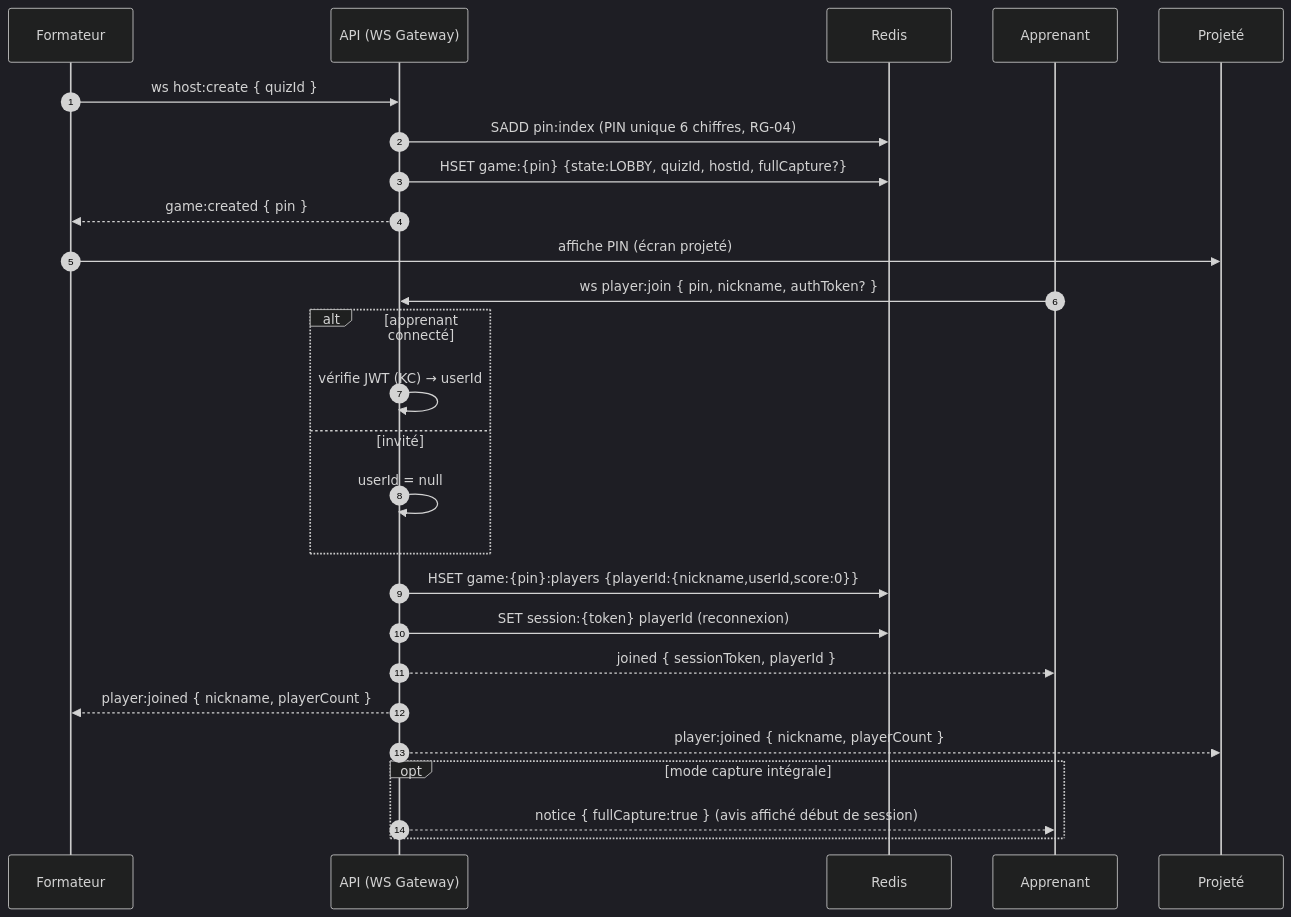
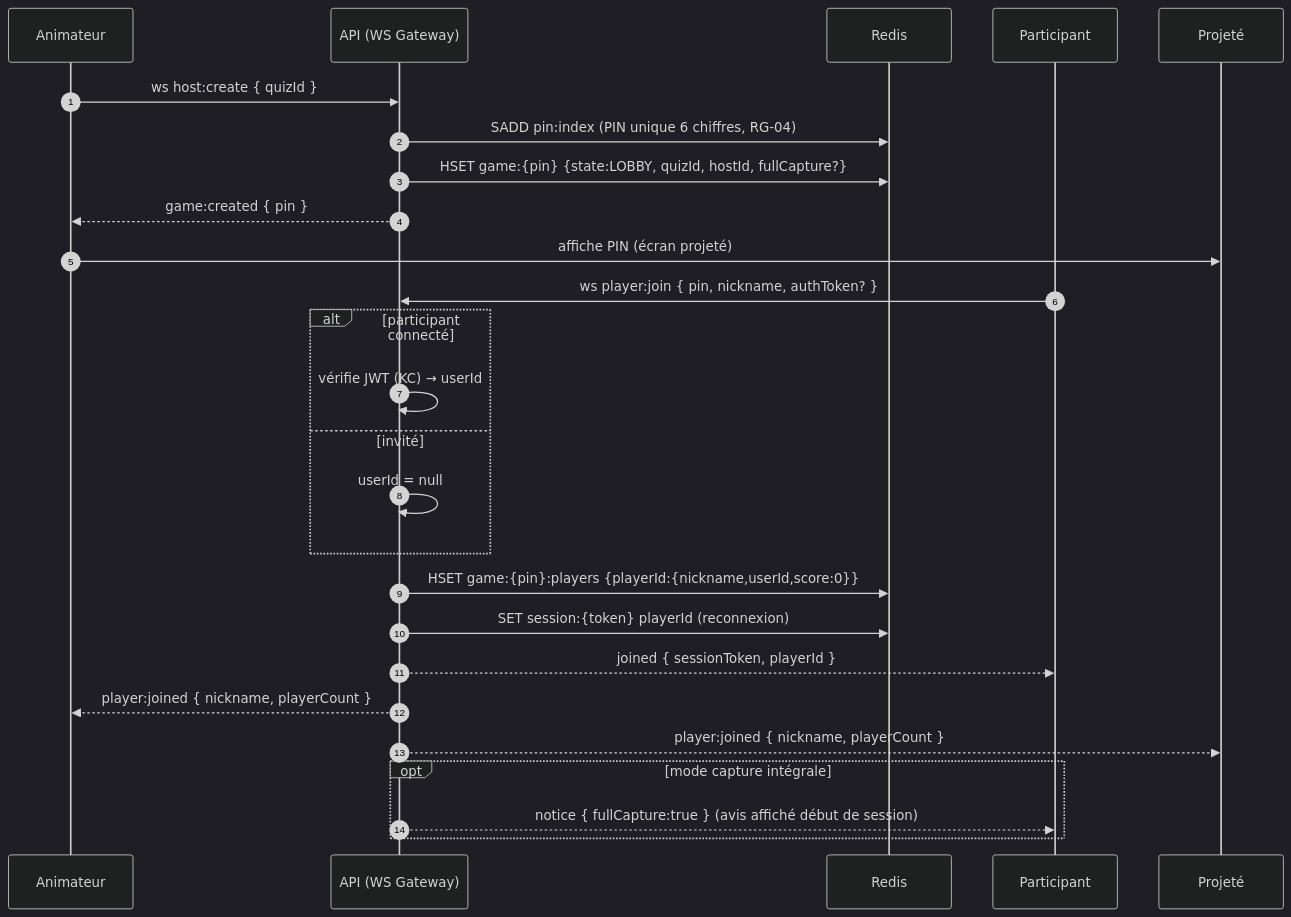
The second of 7 diagrams in specifications/SPECIFICATIONS-SEQUENCES.md (quizdock/quiz-dock), drawn with Mermaid (dark theme) before and after one commit. The commit also changed other lines of this file and 30 other files, not shown here.

````diff
--- a/specifications/SPECIFICATIONS-SEQUENCES.md
+++ b/specifications/SPECIFICATIONS-SEQUENCES.md
@@ -41,30 +41,30 @@
 ```mermaid
 sequenceDiagram
     autonumber
-    participant F as Formateur
+    participant F as Animateur
     participant API as API (WS Gateway)
     participant R as Redis
-    participant A as Apprenant
+    participant A as Participant
     participant P as Projeté
 
     F->>API: ws host:create { quizId }
     API->>R: SADD pin:index (PIN unique 6 chiffres, RG-04)
     API->>R: HSET game:{pin} {state:LOBBY, quizId, hostId, fullCapture?}
     API-->>F: game:created { pin }
     F->>P: affiche PIN (écran projeté)
 
     A->>API: ws player:join { pin, nickname, authToken? }
-    alt apprenant connecté
+    alt participant connecté
         API->>API: vérifie JWT (KC) → userId
     else invité
         API->>API: userId = null
     end
     API->>R: HSET game:{pin}:players {playerId:{nickname,userId,score:0}}
     API->>R: SET session:{token} playerId (reconnexion)
     API-->>A: joined { sessionToken, playerId }
     API-->>F: player:joined { nickname, playerCount }
     API-->>P: player:joined { nickname, playerCount }
     opt mode capture intégrale
         API-->>A: notice { fullCapture:true } (avis affiché début de session)
     end
 ```
````
